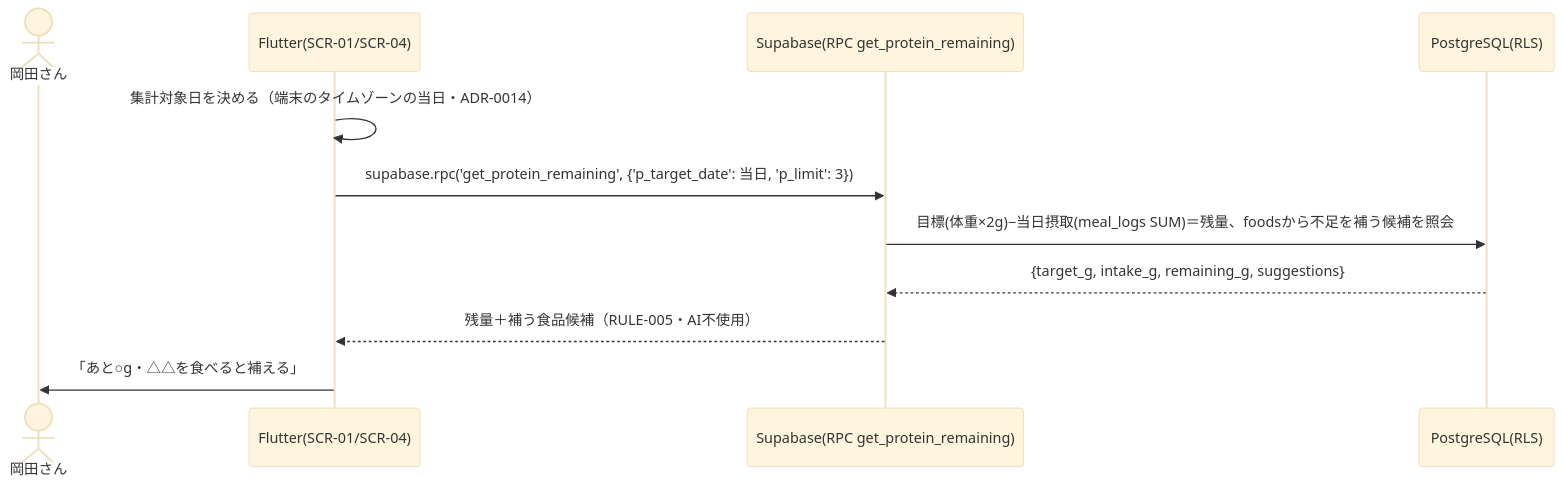
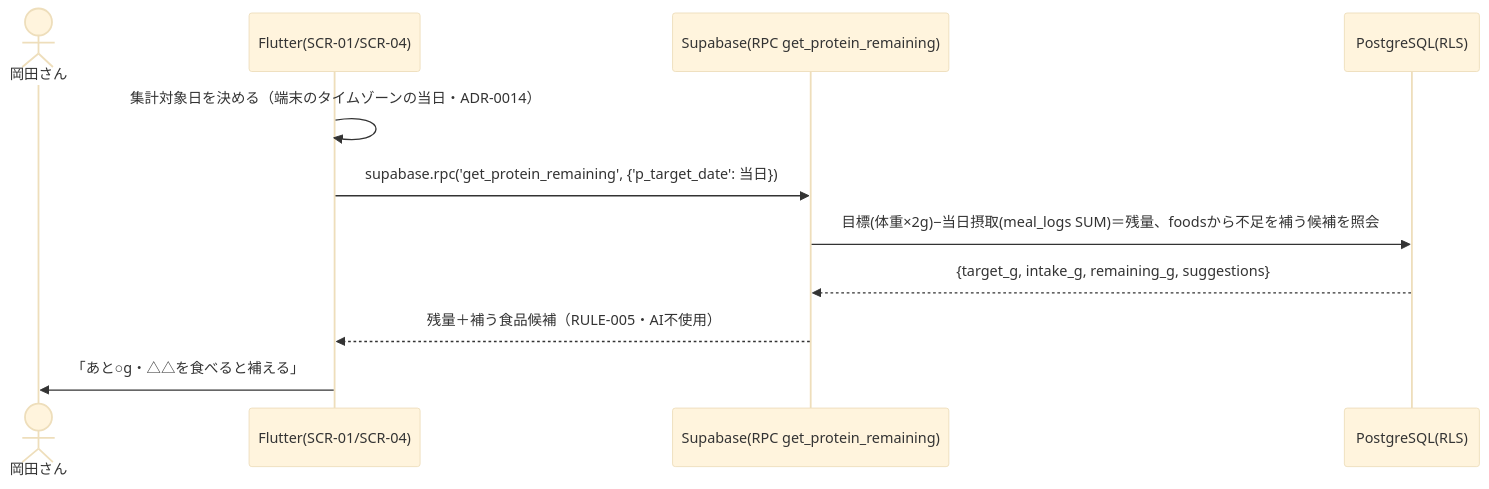
Before and after one commit to k-okada51/okada-fit: the fifth of 5 diagrams in docs/02_設計/40_機能設計/01_シーケンス設計.md, drawn with Mermaid (base theme). The commit also changed 13 other files, not shown here.

````diff
--- a/docs/02_設計/40_機能設計/01_シーケンス設計.md
+++ b/docs/02_設計/40_機能設計/01_シーケンス設計.md
@@ -155,13 +155,13 @@
 ```mermaid
 sequenceDiagram
   actor U as 岡田さん
   participant F as Flutter(SCR-01/SCR-04)
   participant R as Supabase(RPC get_protein_remaining)
   participant D as PostgreSQL(RLS)
   F->>F: 集計対象日を決める（端末のタイムゾーンの当日・ADR-0014）
-  F->>R: supabase.rpc('get_protein_remaining', {'p_target_date': 当日, 'p_limit': 3})
+  F->>R: supabase.rpc('get_protein_remaining', {'p_target_date': 当日})
   R->>D: 目標(体重×2g)−当日摂取(meal_logs SUM)＝残量、foodsから不足を補う候補を照会
   D-->>R: {target_g, intake_g, remaining_g, suggestions}
   R-->>F: 残量＋補う食品候補（RULE-005・AI不使用）
   F->>U: 「あと○g・△△を食べると補える」
 ```
````
